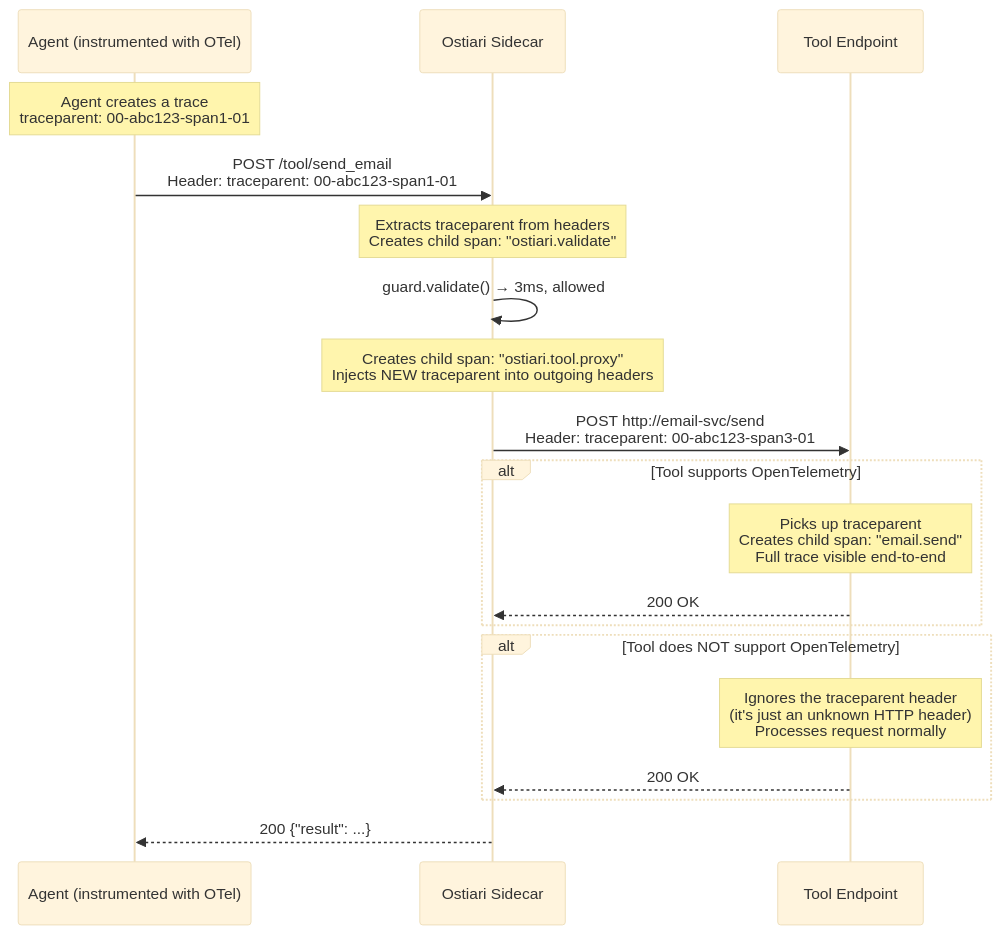
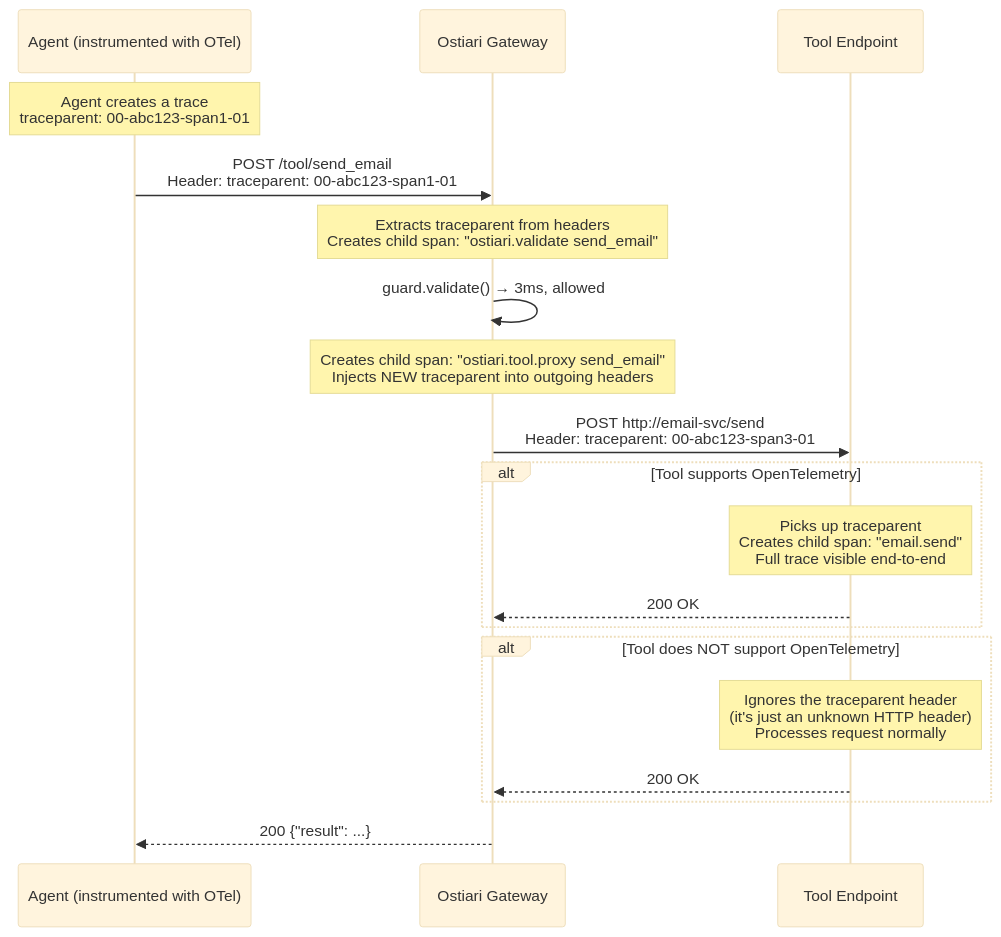
Diagram 11 of 41 in docs/gateway-architecture.md (hk-775/ostiari), drawn with Mermaid (base theme) before and after one commit. The commit also changed other lines of this file and 21 other files, not shown here.

````diff
--- a/docs/gateway-architecture.md
+++ b/docs/gateway-architecture.md
@@ -665,28 +954,28 @@
 ```mermaid
 sequenceDiagram
     participant Agent as Agent (instrumented with OTel)
-    participant Sidecar as Ostiari Sidecar
+    participant Gateway as Ostiari Gateway
     participant Tool as Tool Endpoint
 
     Note over Agent: Agent creates a trace<br/>traceparent: 00-abc123-span1-01
 
-    Agent->>Sidecar: POST /tool/send_email<br/>Header: traceparent: 00-abc123-span1-01
+    Agent->>Gateway: POST /tool/send_email<br/>Header: traceparent: 00-abc123-span1-01
 
-    Note over Sidecar: Extracts traceparent from headers<br/>Creates child span: "ostiari.validate"
-    Sidecar->>Sidecar: guard.validate() → 3ms, allowed
+    Note over Gateway: Extracts traceparent from headers<br/>Creates child span: "ostiari.validate send_email"
+    Gateway->>Gateway: guard.validate() → 3ms, allowed
 
-    Note over Sidecar: Creates child span: "ostiari.tool.proxy"<br/>Injects NEW traceparent into outgoing headers
-    Sidecar->>Tool: POST http://email-svc/send<br/>Header: traceparent: 00-abc123-span3-01
+    Note over Gateway: Creates child span: "ostiari.tool.proxy send_email"<br/>Injects NEW traceparent into outgoing headers
+    Gateway->>Tool: POST http://email-svc/send<br/>Header: traceparent: 00-abc123-span3-01
 
     alt Tool supports OpenTelemetry
         Note over Tool: Picks up traceparent<br/>Creates child span: "email.send"<br/>Full trace visible end-to-end
-        Tool-->>Sidecar: 200 OK
+        Tool-->>Gateway: 200 OK
     end
 
     alt Tool does NOT support OpenTelemetry
         Note over Tool: Ignores the traceparent header<br/>(it's just an unknown HTTP header)<br/>Processes request normally
-        Tool-->>Sidecar: 200 OK
+        Tool-->>Gateway: 200 OK
     end
 
-    Sidecar-->>Agent: 200 {"result": ...}
+    Gateway-->>Agent: 200 {"result": ...}
 ```
````
